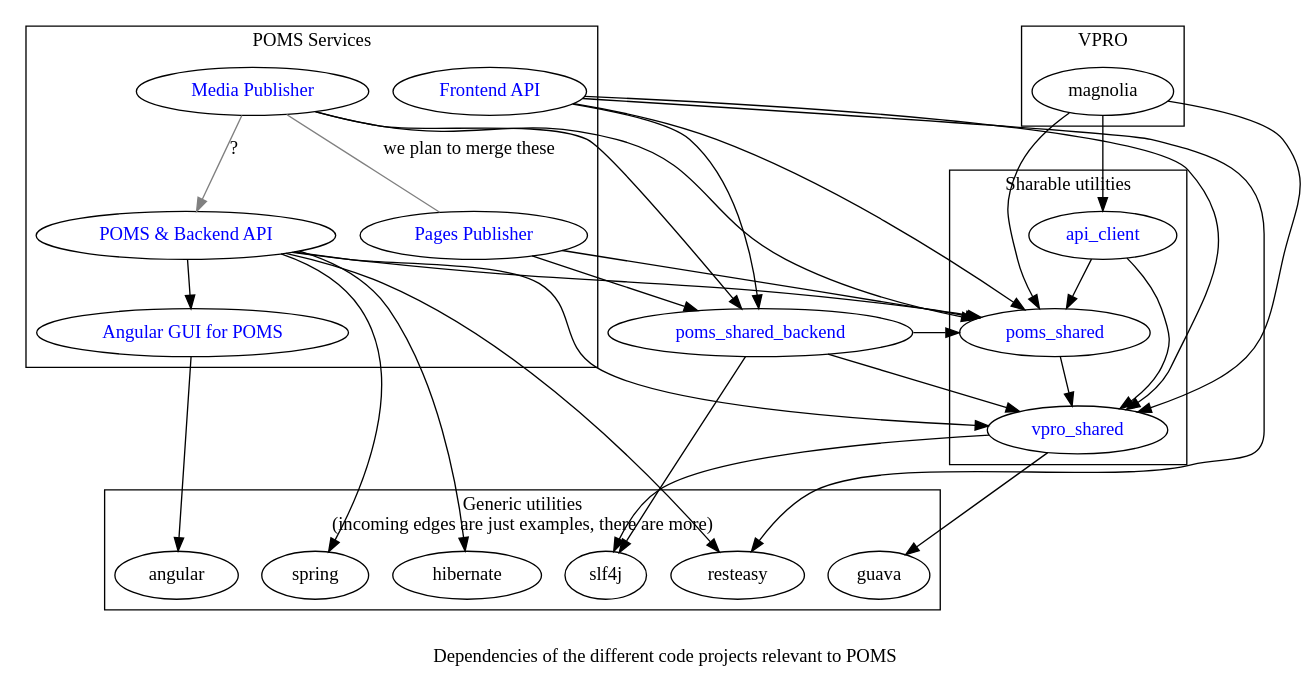
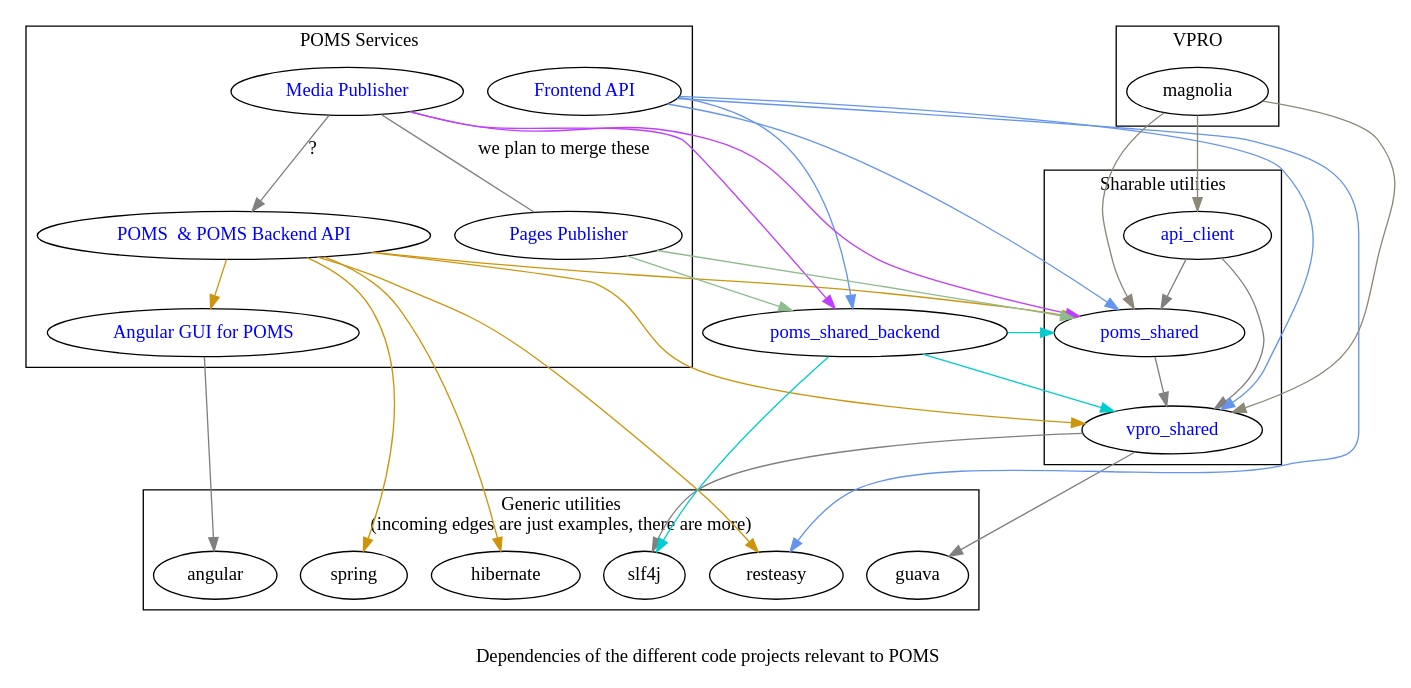
One commit to npo-poms/poms-parent changed the diagram in poms-dependencies.dot. Above: the diagram before and after it, drawn with Graphviz. The commit also changed 6 other files, not shown here.

```diff
--- a/poms-dependencies.dot
+++ b/poms-dependencies.dot
@@ -1,88 +1,112 @@
 /*
 
 
 */
-digraph {
-        vpro_shared [ href="https://github.com/vpro/vpro-shared" fontcolor=blue ];
-        poms_shared [ href="https://github.com/npo-poms/poms-shared" fontcolor=blue ];
-        api_client [ href="https://github.com/npo-poms/api-client" fontcolor=blue ];
-        poms_backend [ label="POMS & Backend API" href="https://subversion.vpro.nl/viewvc/nl/vpro/media" fontcolor=blue ];
-        poms_gui [ label="Angular GUI for POMS" href="https://subversion.vpro.nl/viewvc/nl/vpro/media-gui" fontcolor=blue ];
-        poms_shared_backend [ href="https://subversion.vpro.nl/viewvc/nl/publiekeomroep/poms-shared-backend/" fontcolor=blue ];
-        api [ label="Frontend API" href="https://subversion.vpro.nl/viewvc/nl/vpro/api/" fontcolor=blue ];
-        media_publish [ label="Media Publisher" href="https://subversion.vpro.nl/viewvc/nl/publiekeomroep/npo-publish/" fontcolor=blue ];
-        pages_publish [ label="Pages Publisher" href="https://subversion.vpro.nl/viewvc/nl/publiekeomroep/npo-publish/" fontcolor=blue ];
+strict digraph {
+  vpro_shared [ href="https://github.com/vpro/vpro-shared" fontcolor=blue ];
+  poms_shared [ href="https://github.com/npo-poms/poms-shared" fontcolor=blue ];
+  api_client [ href="https://github.com/npo-poms/api-client" fontcolor=blue ];
+  poms_backend [ label="POMS  & POMS Backend API" href="https://subversion.vpro.nl/viewvc/nl/vpro/media" fontcolor=blue ];
+  poms_gui [ label="Angular GUI for POMS" href="https://subversion.vpro.nl/viewvc/nl/vpro/media-gui" fontcolor=blue ];
+  poms_shared_backend [ href="https://subversion.vpro.nl/viewvc/nl/publiekeomroep/poms-shared-backend/" fontcolor=blue ];
+  api [ label="Frontend API" href="https://subversion.vpro.nl/viewvc/nl/vpro/api/" fontcolor=blue ];
+  media_publish [ label="Media Publisher" href="https://subversion.vpro.nl/viewvc/nl/publiekeomroep/npo-publish/" fontcolor=blue ];
+  pages_publish [ label="Pages Publisher" href="https://subversion.vpro.nl/viewvc/nl/publiekeomroep/npo-publish/" fontcolor=blue ];
 
 
 
-    label="
-    Dependencies of the different code projects relevant to POMS";
+  label="
+  Dependencies of the different code projects relevant to POMS";
 
-    subgraph cluster_0  {
-            label="Generic utilities\n(incoming edges are just examples, there are more)"
-            //label="Utilities which we don't maintain. These are only some example. Also, not every edge is included";
-            slf4j;
-            guava;
-            resteasy;
-            spring;
-            hibernate;
-            angular;
-
-    }
-
-    subgraph cluster_1  {
-        label="VPRO";
-        magnolia;
-    }
-    subgraph cluster_2  {
-        label="POMS Services";
-        description="These are actually deployed";
-        poms_gui; poms_backend; pages_publish; media_publish; api;
-    }
-
-    subgraph cluster_4  {
-        label="Sharable utilities";
-        api_client; vpro_shared; poms_shared;
-    }
+  graph [
+    splines = yes
+  ]
 
 
-    vpro_shared -> { slf4j guava};
-    poms_shared -> vpro_shared;
-    poms_shared_backend -> vpro_shared;
-    poms_shared_backend -> poms_shared;
-    poms_shared_backend -> slf4j;
+  subgraph cluster_0  {
+    label="Generic utilities\n(incoming edges are just examples, there are more)"
+    //label="Utilities which we don't maintain. These are only some example. Also, not every edge is included";
+    slf4j;
+    guava;
+    resteasy;
+    spring;
+    hibernate;
+    angular;
 
-    api -> poms_shared;
-    api -> poms_shared_backend;
-    api -> vpro_shared;
-    api -> resteasy;
+  }
+
+  subgraph cluster_1  {
+    label="VPRO";
+    magnolia;
+  }
+  subgraph cluster_2  {
+    label="POMS Services";
+    description="These are actually deployed";
+    poms_gui
+    poms_backend
+    pages_publish
+    media_publish
+    api
+  }
+
+  subgraph cluster_4  {
+    label="Sharable utilities";
+    api_client; vpro_shared; poms_shared;
+  }
 
 
-    pages_publish -> poms_shared_backend;
-    pages_publish -> poms_shared;
+  vpro_shared -> {
+    slf4j
+    guava}[color=gray];
+  poms_shared -> vpro_shared[color=gray];
+  poms_shared_backend -> {
+    vpro_shared
+    poms_shared
+    slf4j
+  }[color=cyan3]
 
-    media_publish -> poms_shared;
-    media_publish -> poms_shared_backend;
-    media_publish -> poms_backend[color=gray weight=0.1 label="?"] // I  think this currently exists, but shouldn't
+  api -> {
+    poms_shared
+    poms_shared_backend
+    vpro_shared
+    resteasy
+  }[color=cornflowerblue]
 
-    media_publish -> pages_publish[color=gray label="we plan to merge these" arrowhead=none]
 
-    api_client-> poms_shared;
-    api_client-> vpro_shared;
+  pages_publish -> {
+    poms_shared_backend
+    poms_shared
+  }[color=darkseagreen]
 
-    magnolia -> api_client;
-    magnolia -> vpro_shared;
-    magnolia -> poms_shared;
+  media_publish -> {
+    poms_shared
+    poms_shared_backend
+    }[color=darkorchid1]
 
-    poms_backend -> {
-            poms_shared;
-            poms_gui;
-            resteasy;
-            spring;
-            hibernate;
-            vpro_shared;
-    }
-    poms_gui -> angular
+  media_publish -> poms_backend[color=gray weight=0.1 label="?"] // I  think this currently exists, but shouldn't
+  media_publish -> pages_publish[color=gray label="we plan to merge these" dir=none]
+
+  api_client -> {
+    poms_shared
+    vpro_shared
+  }[color=gray]
+
+
+  magnolia -> {
+    api_client
+    vpro_shared
+    poms_shared
+  }[color=cornsilk4]
+
+  poms_backend -> {
+    poms_shared
+    poms_gui
+    resteasy
+    spring
+    hibernate
+    vpro_shared
+  }[color=darkgoldenrod3]
+  poms_gui -> angular[color=gray]
 
 
 }
```
